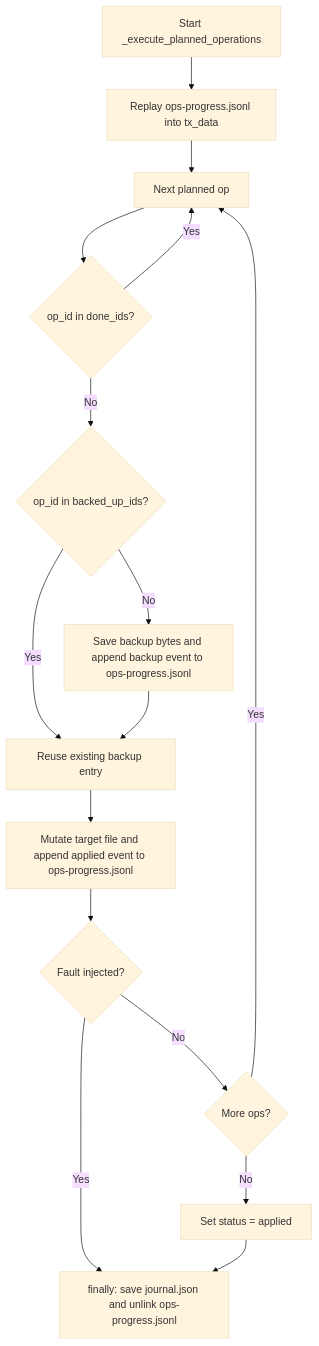
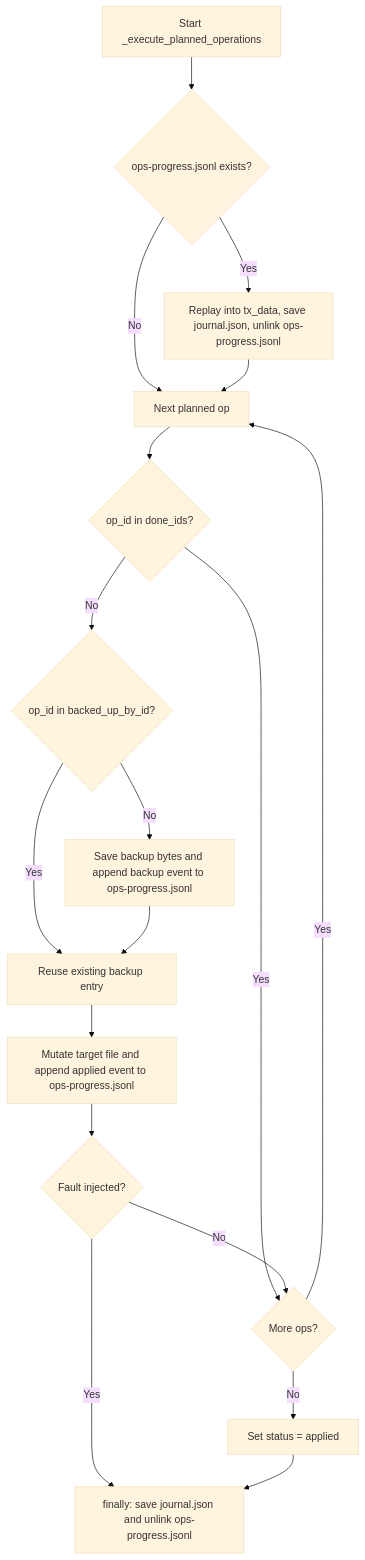
Before and after one commit to fariello/agent-workflows: the third of 3 diagrams in .aw/records/plans/pending/20261119-e49gzt-01-n2bfd4-optimize-m0001-rename-id-minting-citation-scan-prefiltering.ipd.md, drawn with Mermaid (base theme). The commit also changed other lines of this file, not shown here.

````diff
--- a/.aw/records/plans/pending/20261119-e49gzt-01-n2bfd4-optimize-m0001-rename-id-minting-citation-scan-prefiltering.ipd.md
+++ b/.aw/records/plans/pending/20261119-e49gzt-01-n2bfd4-optimize-m0001-rename-id-minting-citation-scan-prefiltering.ipd.md
@@ -146,18 +153,20 @@
 ```mermaid
 flowchart TD
-    S["Start _execute_planned_operations"] --> R["Replay ops-progress.jsonl into tx_data"]
-    R --> L["Next planned op"]
+    S["Start _execute_planned_operations"] --> E{"ops-progress.jsonl exists?"}
+    E -->|Yes| R["Replay into tx_data, save journal.json, unlink ops-progress.jsonl"]
+    E -->|No| L["Next planned op"]
+    R --> L
     L --> D{"op_id in done_ids?"}
-    D -->|Yes| L
-    D -->|No| B{"op_id in backed_up_ids?"}
+    D -->|Yes| N{"More ops?"}
+    D -->|No| B{"op_id in backed_up_by_id?"}
     B -->|No| W["Save backup bytes and append backup event to ops-progress.jsonl"]
     B -->|Yes| M["Reuse existing backup entry"]
     W --> M
     M --> X["Mutate target file and append applied event to ops-progress.jsonl"]
     X --> F{"Fault injected?"}
     F -->|Yes| C["finally: save journal.json and unlink ops-progress.jsonl"]
-    F -->|No| N{"More ops?"}
+    F -->|No| N
     N -->|Yes| L
     N -->|No| P["Set status = applied"]
     P --> C
 ```
````
